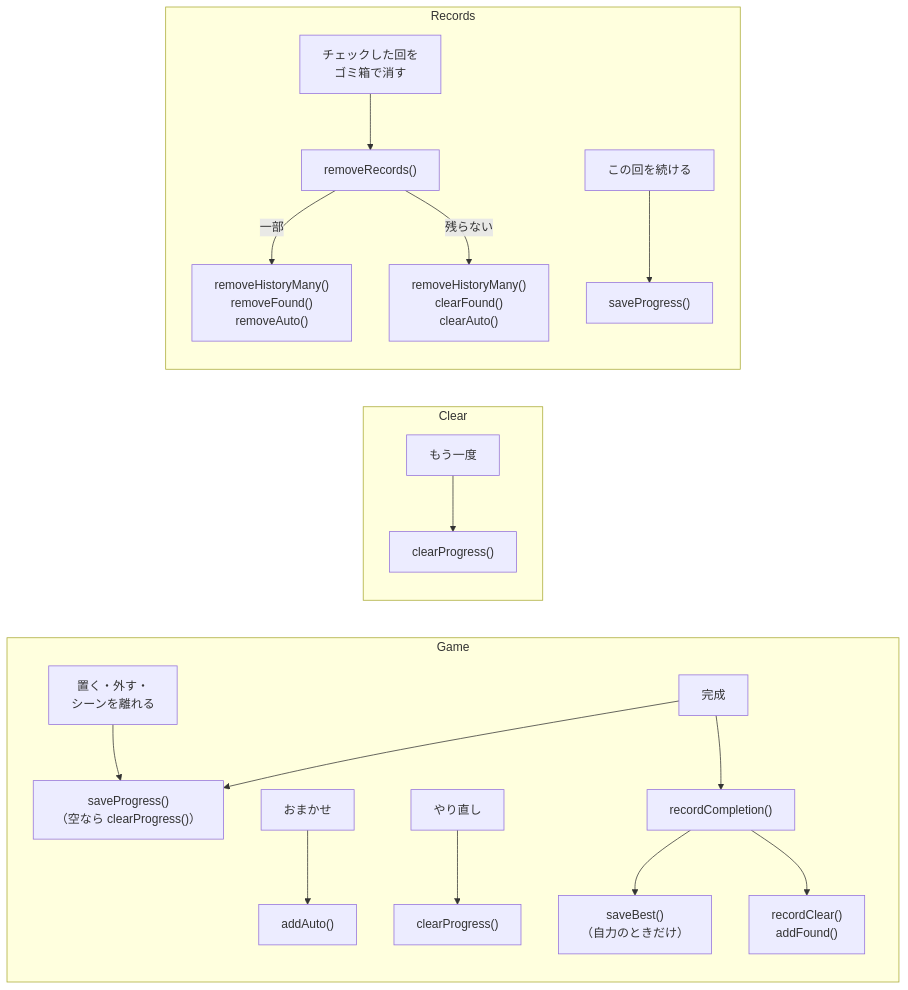
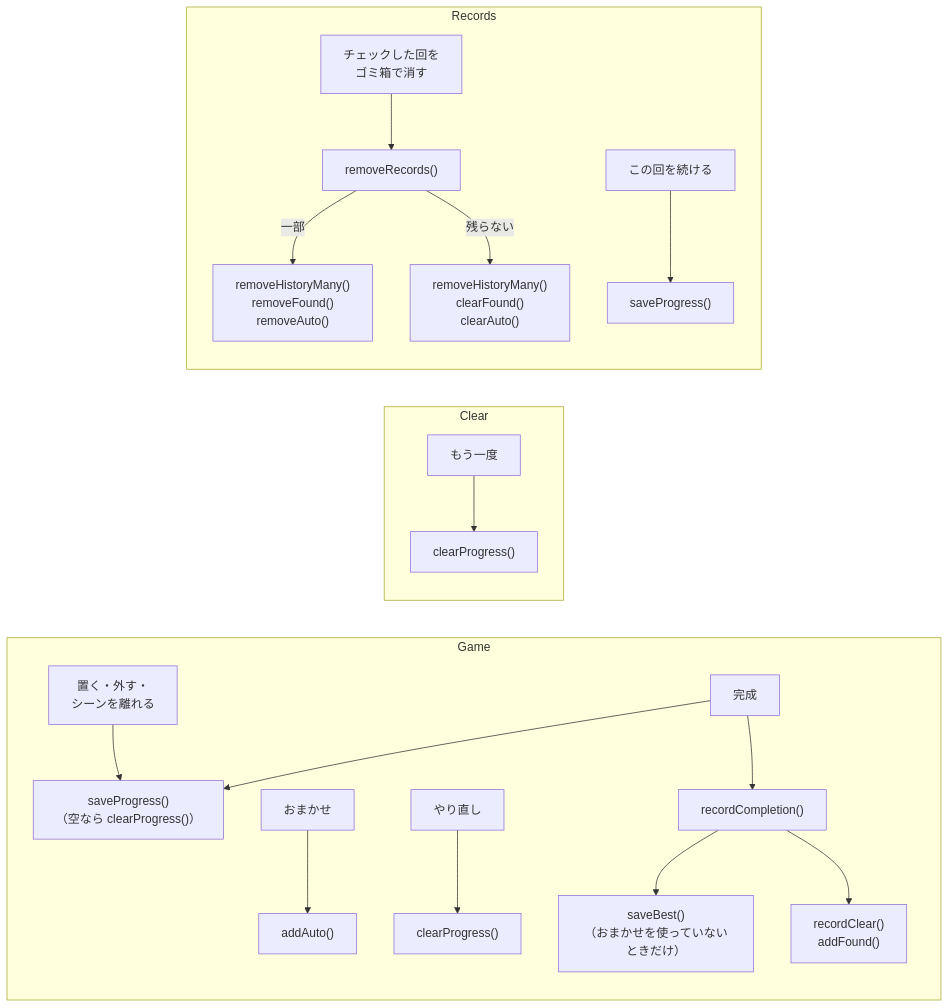
One commit to ytani01/pentomino-puzzle changed the third of 3 diagrams in docs/developer.md. Above: the diagram before and after it, drawn with Mermaid. The commit also changed other lines of this file and 11 other files, not shown here.

````diff
--- a/docs/developer.md
+++ b/docs/developer.md
@@ -443,21 +443,21 @@
 ```mermaid
 flowchart LR
   subgraph Game
     G1["置く・外す・<br>シーンを離れる"] --> P["saveProgress()<br>（空なら clearProgress()）"]
     G2["おまかせ"] --> A["addAuto()"]
     G3["やり直し"] --> C["clearProgress()"]
     G4["完成"] --> RC["recordCompletion()"]
-    RC --> B["saveBest()<br>（自力のときだけ）"]
+    RC --> B["saveBest()<br>（おまかせを使っていないときだけ）"]
     RC --> H["recordClear()<br>addFound()"]
     G4 --> P
   end
   subgraph Clear
     K["もう一度"] --> C2["clearProgress()"]
   end
   subgraph Records
     R1["チェックした回を<br>ゴミ箱で消す"] --> RM["removeRecords()"]
     RM -- "一部" --> RP["removeHistoryMany()<br>removeFound()<br>removeAuto()"]
     RM -- "残らない" --> CL["removeHistoryMany()<br>clearFound()<br>clearAuto()"]
     R2["この回を続ける"] --> RS["saveProgress()"]
   end
 ```
````
